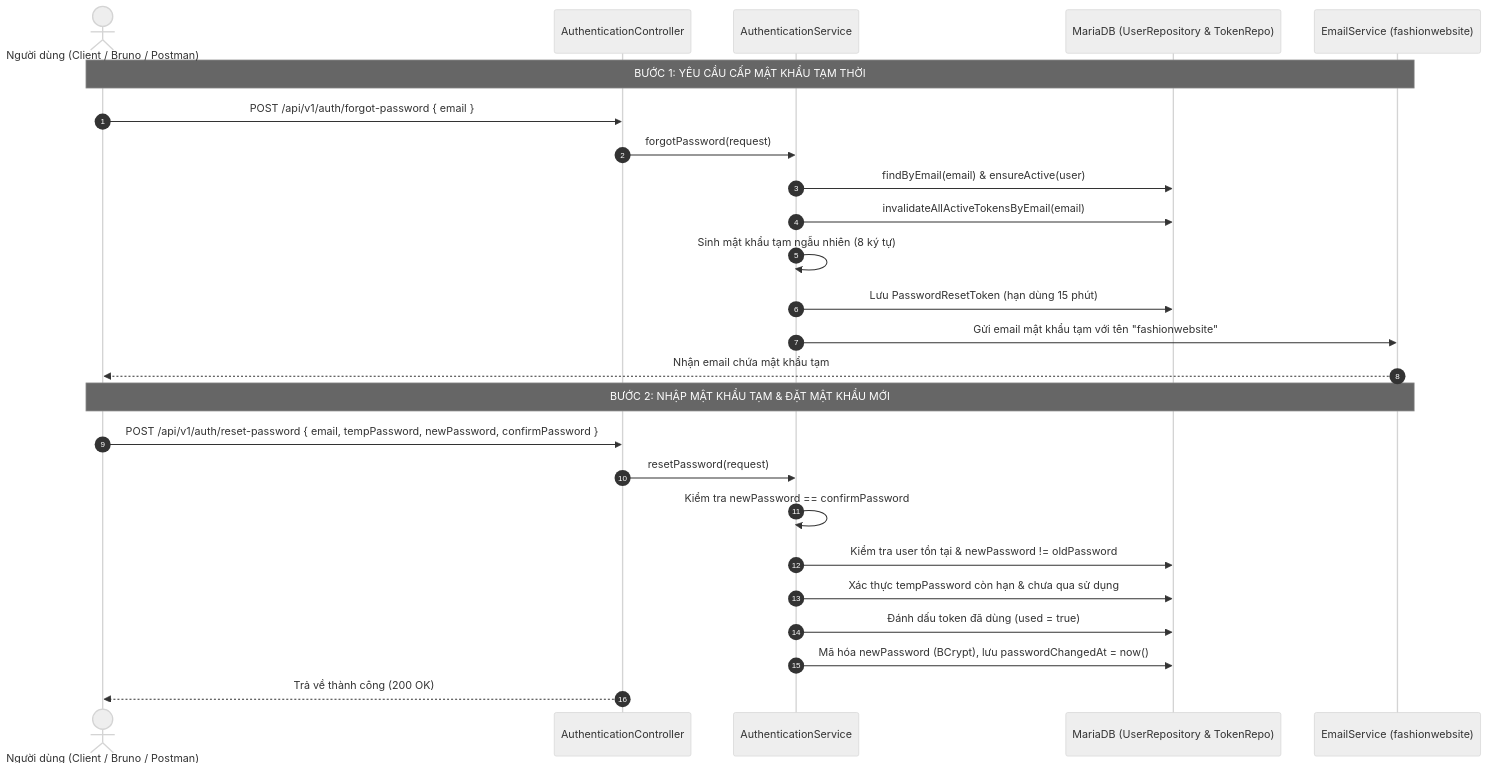
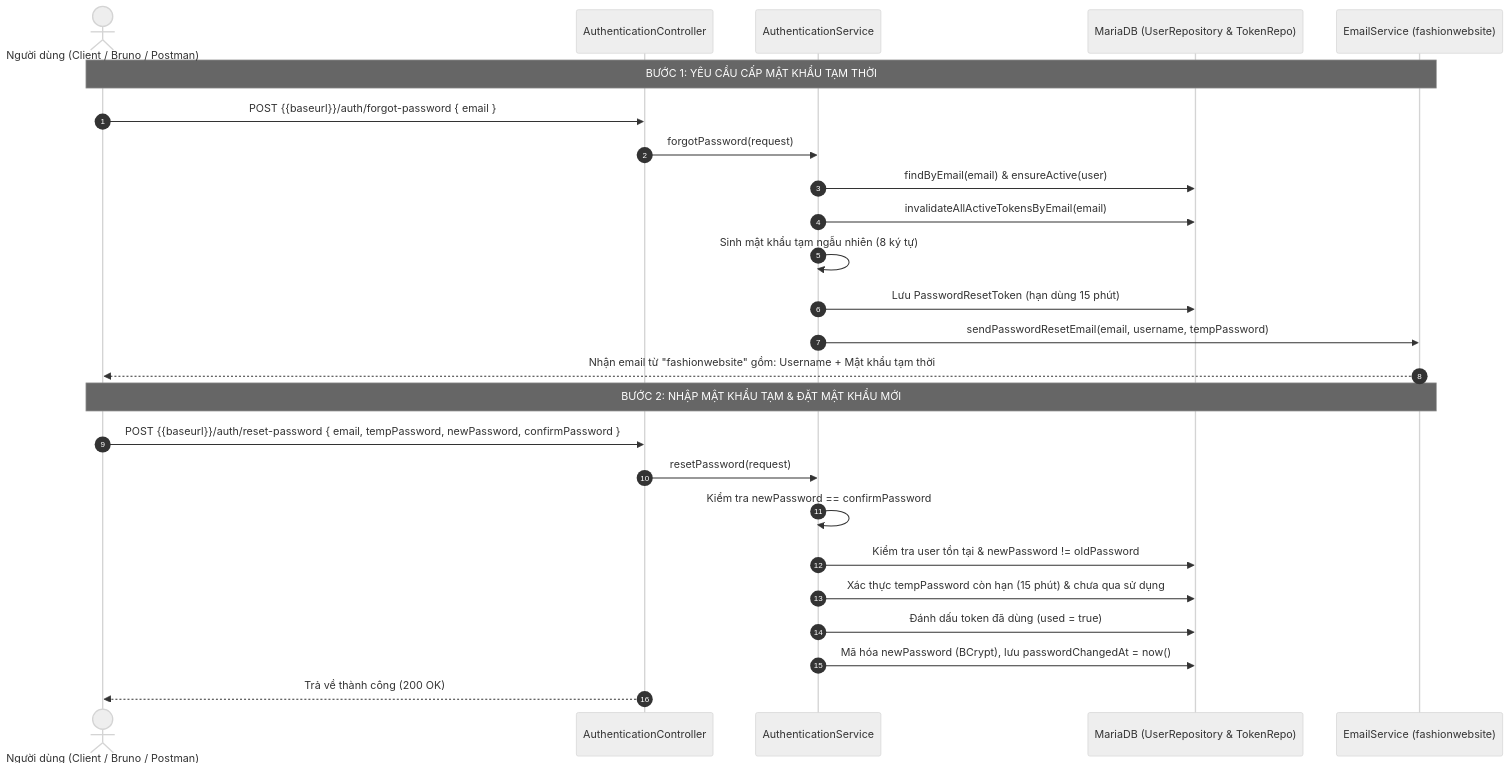
Before and after one commit to vantruong06112005/fashion-website: the diagram in docs/README_FORGOT_PASSWORD.md, drawn with Mermaid (neutral theme). The commit also changed other lines of this file and 12 other files, not shown here.

````diff
--- a/docs/README_FORGOT_PASSWORD.md
+++ b/docs/README_FORGOT_PASSWORD.md
@@ -11,29 +11,29 @@
 ```mermaid
 sequenceDiagram
     autonumber
     actor User as Người dùng (Client / Bruno / Postman)
     participant AuthCtrl as AuthenticationController
     participant AuthSvc as AuthenticationService
     participant DB as MariaDB (UserRepository & TokenRepo)
     participant MailSvc as EmailService (fashionwebsite)
 
     Note over User, MailSvc: BƯỚC 1: YÊU CẦU CẤP MẬT KHẨU TẠM THỜI
-    User->>AuthCtrl: POST /api/v1/auth/forgot-password { email }
+    User->>AuthCtrl: POST {{baseurl}}/auth/forgot-password { email }
     AuthCtrl->>AuthSvc: forgotPassword(request)
     AuthSvc->>DB: findByEmail(email) & ensureActive(user)
     AuthSvc->>DB: invalidateAllActiveTokensByEmail(email)
     AuthSvc->>AuthSvc: Sinh mật khẩu tạm ngẫu nhiên (8 ký tự)
     AuthSvc->>DB: Lưu PasswordResetToken (hạn dùng 15 phút)
-    AuthSvc->>MailSvc: Gửi email mật khẩu tạm với tên "fashionwebsite"
-    MailSvc-->>User: Nhận email chứa mật khẩu tạm
+    AuthSvc->>MailSvc: sendPasswordResetEmail(email, username, tempPassword)
+    MailSvc-->>User: Nhận email từ "fashionwebsite" gồm: Username + Mật khẩu tạm thời
 
     Note over User, MailSvc: BƯỚC 2: NHẬP MẬT KHẨU TẠM & ĐẶT MẬT KHẨU MỚI
-    User->>AuthCtrl: POST /api/v1/auth/reset-password { email, tempPassword, newPassword, confirmPassword }
+    User->>AuthCtrl: POST {{baseurl}}/auth/reset-password { email, tempPassword, newPassword, confirmPassword }
     AuthCtrl->>AuthSvc: resetPassword(request)
     AuthSvc->>AuthSvc: Kiểm tra newPassword == confirmPassword
     AuthSvc->>DB: Kiểm tra user tồn tại & newPassword != oldPassword
-    AuthSvc->>DB: Xác thực tempPassword còn hạn & chưa qua sử dụng
+    AuthSvc->>DB: Xác thực tempPassword còn hạn (15 phút) & chưa qua sử dụng
     AuthSvc->>DB: Đánh dấu token đã dùng (used = true)
     AuthSvc->>DB: Mã hóa newPassword (BCrypt), lưu passwordChangedAt = now()
     AuthCtrl-->>User: Trả về thành công (200 OK)
 ```
````
